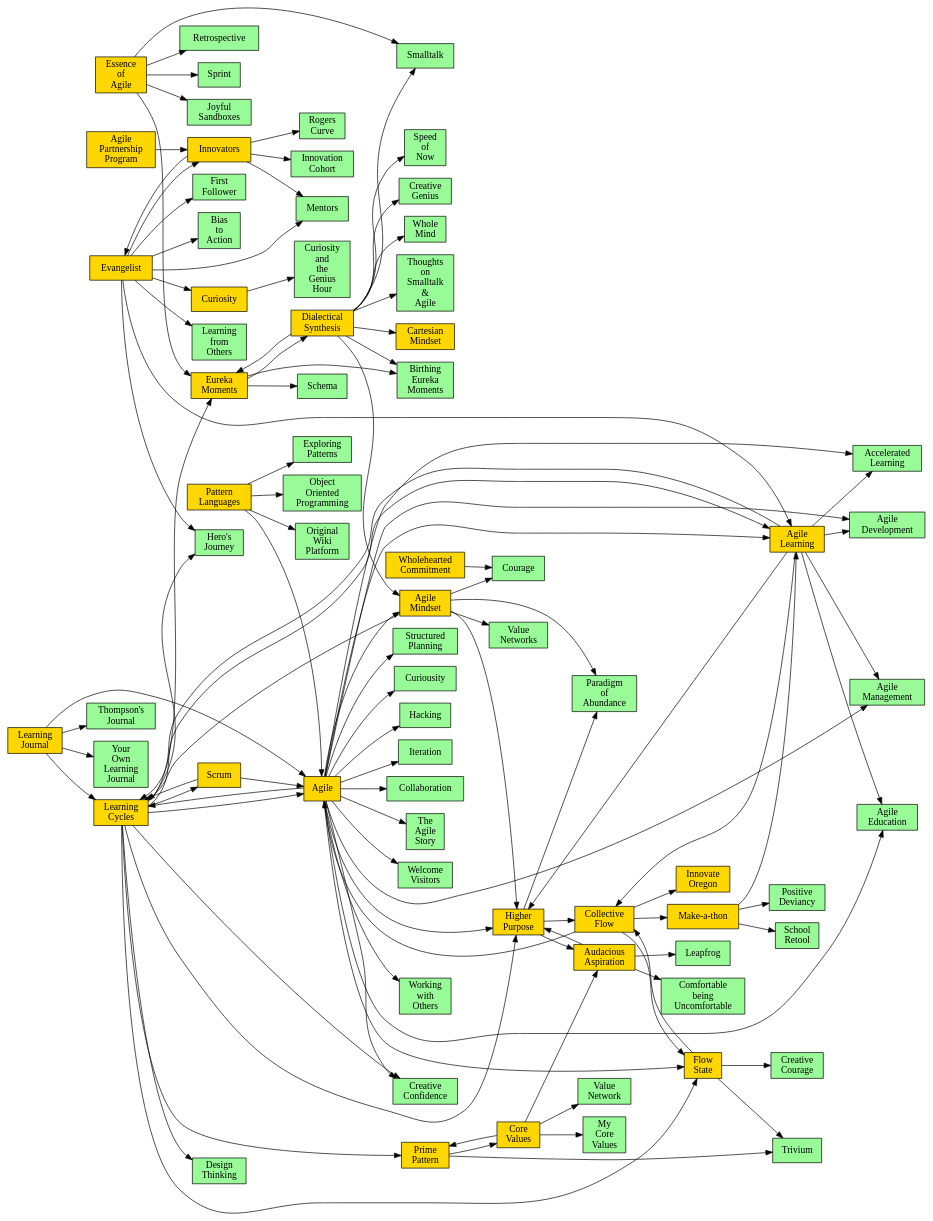
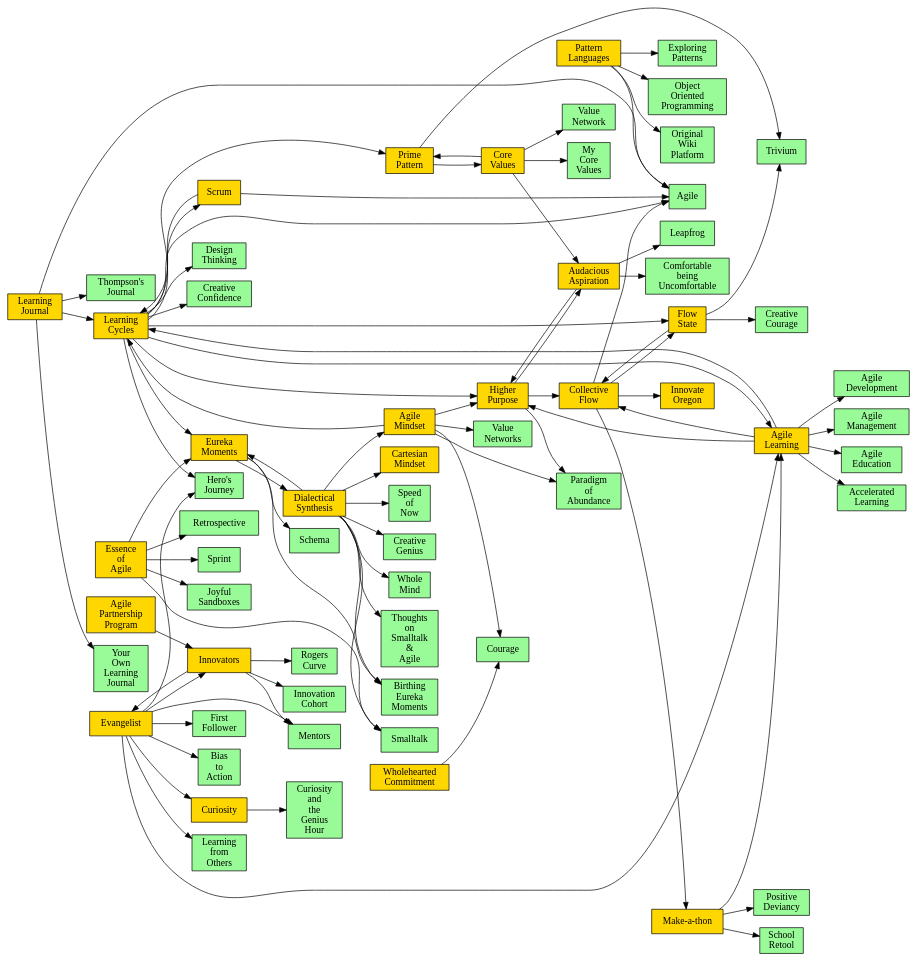
The diagram in map.dot (WardCunningham/thompson-anchors), drawn with Graphviz before and after one commit. The commit also changed 2 other files, not shown here.

Commit message:
remove "Agile" to simplify

```diff
--- a/map.dot
+++ b/map.dot
@@ -19,43 +19,6 @@
 "Learning\nCycles" -> "Flow\nState"
 "Hero's\nJourney" [URL="https://thompson.wiki.innovateoregon.org/view/heros-journey"]
 "Learning\nCycles" -> "Hero's\nJourney"
-"Agile" [fillcolor=gold URL="https://thompson.wiki.innovateoregon.org/view/agile"]
-"Higher\nPurpose" [URL="https://thompson.wiki.innovateoregon.org/view/higher-purpose"]
-"Agile" -> "Higher\nPurpose"
-"Working\nwith\nOthers" [URL="https://thompson.wiki.innovateoregon.org/view/working-with-others"]
-"Agile" -> "Working\nwith\nOthers"
-"Structured\nPlanning" [URL="https://thompson.wiki.innovateoregon.org/view/structured-planning"]
-"Agile" -> "Structured\nPlanning"
-"Flow\nState" [URL="https://thompson.wiki.innovateoregon.org/view/flow-state"]
-"Agile" -> "Flow\nState"
-"Accelerated\nLearning" [URL="https://thompson.wiki.innovateoregon.org/view/accelerated-learning"]
-"Agile" -> "Accelerated\nLearning"
-"Learning\nCycles" [URL="https://thompson.wiki.innovateoregon.org/view/learning-cycles"]
-"Agile" -> "Learning\nCycles"
-"Curiousity" [URL="https://thompson.wiki.innovateoregon.org/view/curiousity"]
-"Agile" -> "Curiousity"
-"Agile\nLearning" [URL="https://thompson.wiki.innovateoregon.org/view/agile-learning"]
-"Agile" -> "Agile\nLearning"
-"Agile\nMindset" [URL="https://thompson.wiki.innovateoregon.org/view/agile-mindset"]
-"Agile" -> "Agile\nMindset"
-"Hacking" [URL="https://thompson.wiki.innovateoregon.org/view/hacking"]
-"Agile" -> "Hacking"
-"Iteration" [URL="https://thompson.wiki.innovateoregon.org/view/iteration"]
-"Agile" -> "Iteration"
-"Collaboration" [URL="https://thompson.wiki.innovateoregon.org/view/collaboration"]
-"Agile" -> "Collaboration"
-"Creative\nConfidence" [URL="https://thompson.wiki.innovateoregon.org/view/creative-confidence"]
-"Agile" -> "Creative\nConfidence"
-"Agile\nDevelopment" [URL="https://thompson.wiki.innovateoregon.org/view/agile-development"]
-"Agile" -> "Agile\nDevelopment"
-"Agile\nManagement" [URL="https://thompson.wiki.innovateoregon.org/view/agile-management"]
-"Agile" -> "Agile\nManagement"
-"Agile\nEducation" [URL="https://thompson.wiki.innovateoregon.org/view/agile-education"]
-"Agile" -> "Agile\nEducation"
-"The\nAgile\nStory" [URL="https://thompson.wiki.innovateoregon.org/view/the-agile-story"]
-"Agile" -> "The\nAgile\nStory"
-"Welcome\nVisitors" [URL="https://thompson.wiki.innovateoregon.org/view/welcome-visitors"]
-"Agile" -> "Welcome\nVisitors"
 "Pattern\nLanguages" [fillcolor=gold URL="https://thompson.wiki.innovateoregon.org/view/pattern-languages"]
 "Object\nOriented\nProgramming" [URL="https://thompson.wiki.innovateoregon.org/view/object-oriented-programming"]
 "Pattern\nLanguages" -> "Object\nOriented\nProgramming"
```
